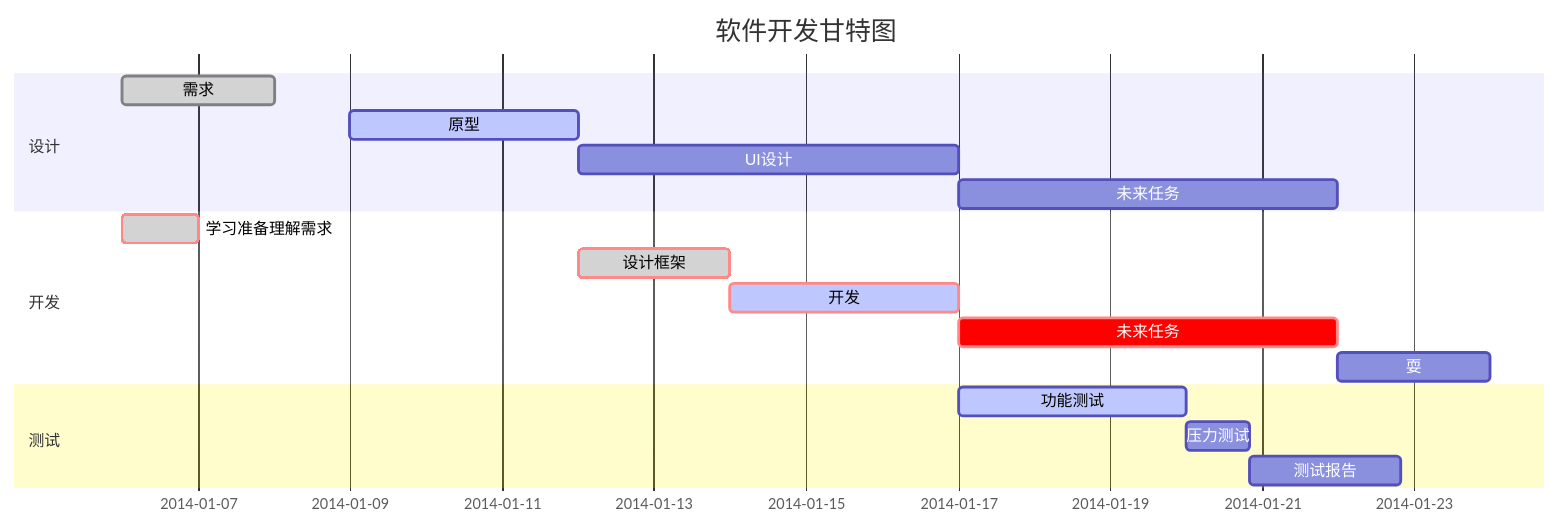
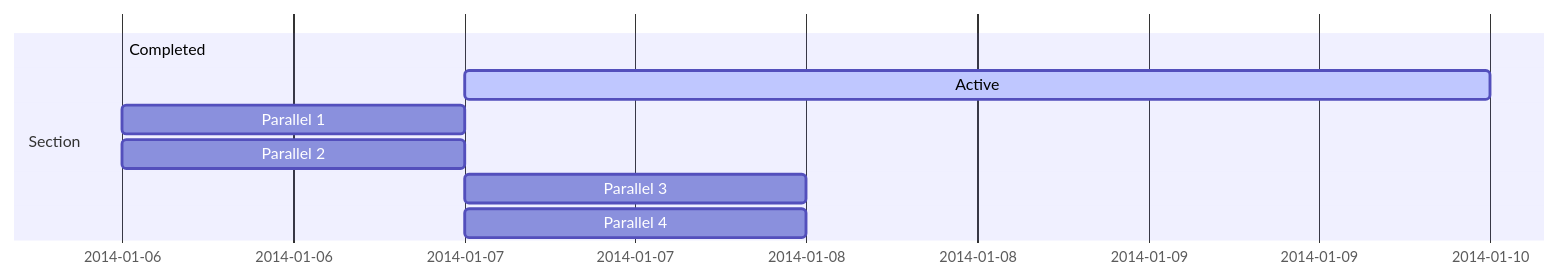
The fourth of 12 diagrams in _posts/2018-08-09-markdwon-hotcommand.md (cooldata-arc/cooldata-arc.github.io), drawn with Mermaid before and after one commit. The commit also changed other lines of this file, not shown here.

Commit message:
add mermaid graph example

````diff
--- a/_posts/2018-08-09-markdwon-hotcommand.md
+++ b/_posts/2018-08-09-markdwon-hotcommand.md
@@ -614,21 +614,11 @@
 ``` mermaid
-%% 语法示例
-        gantt
-        dateFormat  YYYY-MM-DD
-        title 软件开发甘特图
-        section 设计
-        需求                      :done,    des1, 2014-01-06,2014-01-08
-        原型                      :active,  des2, 2014-01-09, 3d
-        UI设计                     :         des3, after des2, 5d
-    未来任务                     :         des4, after des3, 5d
-        section 开发
-        学习准备理解需求                      :crit, done, 2014-01-06,24h
-        设计框架                             :crit, done, after des2, 2d
-        开发                                 :crit, active, 3d
-        未来任务                              :crit, 5d
-        耍                                   :2d
-        section 测试
-        功能测试                              :active, a1, after des3, 3d
-        压力测试                               :after a1  , 20h
-        测试报告                               : 48h
+gantt
+
+section Section
+      Completed: done, des1, 2014-01-06, 2014-01-08
+      Active   : active, des2, 2014-01-07, 3d
+     Parallel 1    : des3, after des1, 1d
+     Parallel 2    : des4, after des1, 1d
+     Parallel 3    : des5, after des3, 1d
+     Parallel 4    : des6, after des4, 1d
 ```
````
